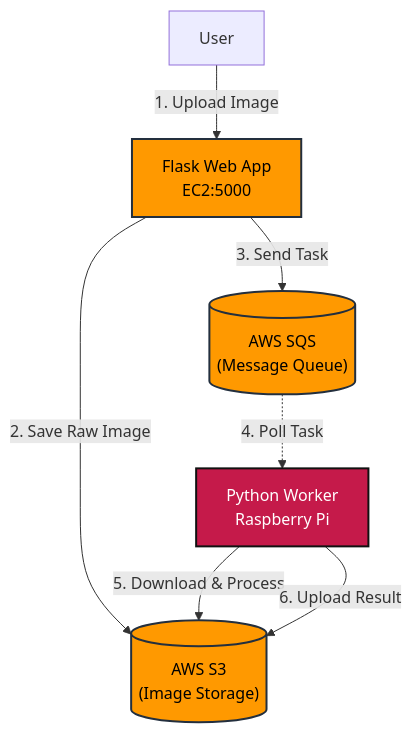
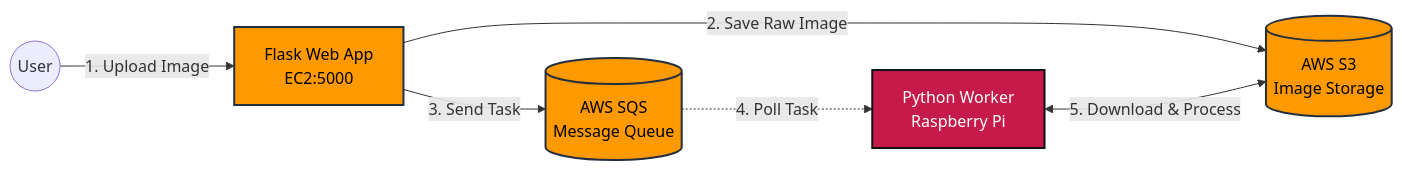
The first of 3 diagrams in README.md (AkhsanDaffa/aws-hybrid-image-processor), drawn with Mermaid before and after one commit. The commit also changed other lines of this file, not shown here.

Commit message:
fix diagram to early concept

````diff
--- a/README.md
+++ b/README.md
@@ -23,14 +23,13 @@
 ```mermaid
-graph TD
-    User[User] -->|1. Upload Image| Flask[Flask Web App\nEC2:5000]
-    Flask -->|2. Save Raw Image| S3[("AWS S3\n(Image Storage)")]
-    Flask -->|3. Send Task| SQS[("AWS SQS\n(Message Queue)")]
-    SQS -.->|4. Poll Task| Worker[Python Worker\nRaspberry Pi]
-    Worker -->|5. Download & Process| S3
-    Worker -->|6. Upload Result| S3
+flowchart LR
+    User((User)) -->|1. Upload Image| Flask[Flask Web App<br/>EC2:5000]
+    Flask -->|2. Save Raw Image| S3[("AWS S3<br/>Image Storage")]
+    Flask -->|3. Send Task| SQS[("AWS SQS<br/>Message Queue")]
+    SQS -.->|4. Poll Task| Worker[Python Worker<br/>Raspberry Pi]
+    Worker <-->|5. Download & Process| S3
 
-    style S3 fill:#FF9900,stroke:#232F3E,stroke-width:2px,color:black
-    style SQS fill:#FF9900,stroke:#232F3E,stroke-width:2px,color:black
-    style Flask fill:#FF9900,stroke:#232F3E,stroke-width:2px,color:black
-    style Worker fill:#C51A4A,stroke:#111,stroke-width:2px,color:white
+    classDef aws fill:#FF9900,stroke:#232F3E,stroke-width:2px,color:black
+    classDef edge fill:#C51A4A,stroke:#111,stroke-width:2px,color:white
+    class S3,SQS,Flask aws
+    class Worker edge
 ```
````
